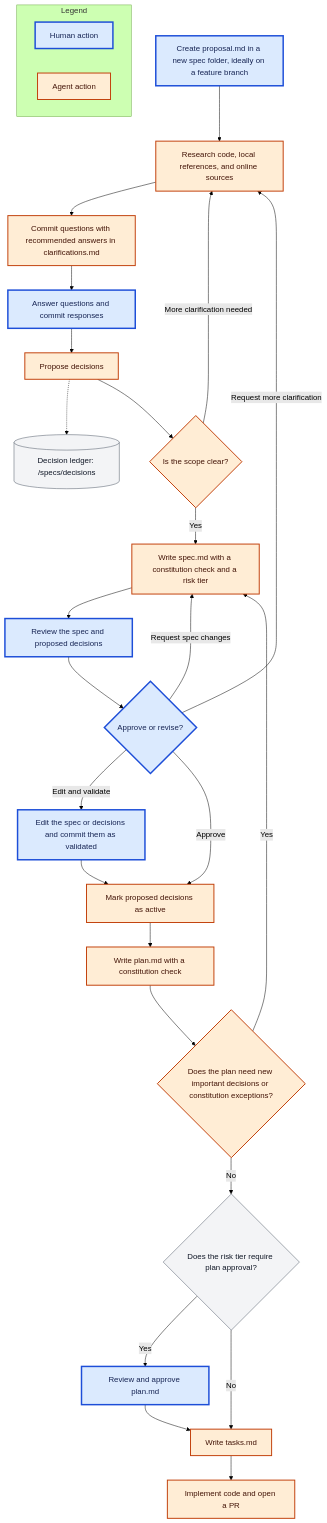
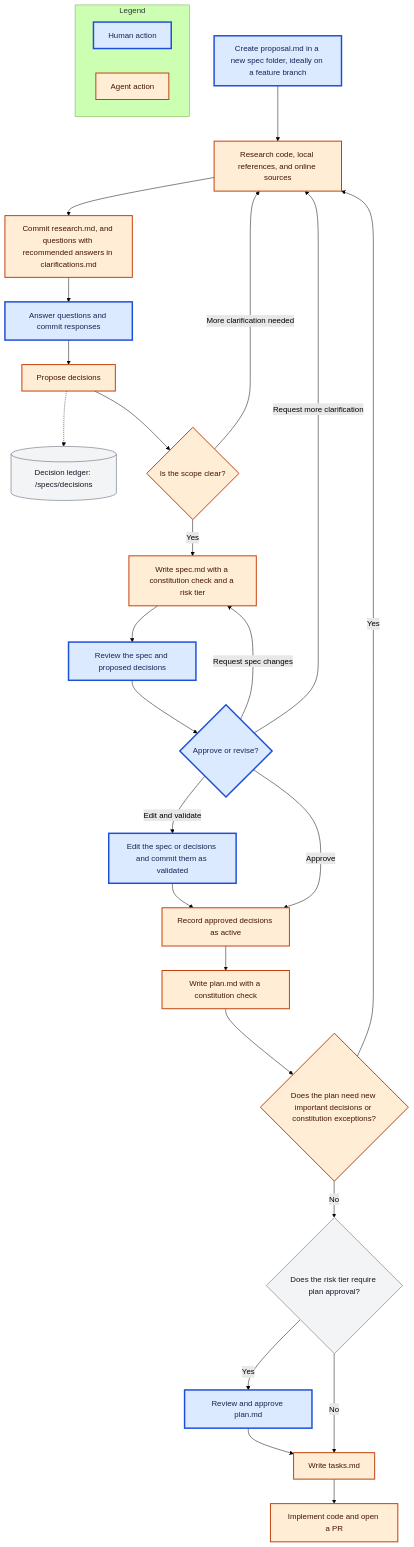
One commit to mrtolkien/uraeda changed the diagram in README.md. Above: the diagram before and after it, drawn with Mermaid (forest theme). The commit also changed other lines of this file and 4 other files, not shown here.

````diff
--- a/README.md
+++ b/README.md
@@ -182,40 +185,40 @@
 ```mermaid
 flowchart TD
     subgraph legend["Legend"]
         direction LR
         legendHuman["Human action"]
         legendAgent["Agent action"]
     end
 
     proposal["Create proposal.md in a new spec folder, ideally on a feature branch"]
     proposal --> research["Research code, local references, and online sources"]
-    research --> questions["Commit questions with recommended answers in clarifications.md"]
+    research --> questions["Commit research.md, and questions with recommended answers in clarifications.md"]
     questions --> answers["Answer questions and commit responses"]
     answers --> decisions["Propose decisions"]
     decisions -.-> ledger[("Decision ledger: /specs/decisions")]
     decisions --> scope{"Is the scope clear?"}
     scope -->|More clarification needed| research
     scope -->|Yes| spec["Write spec.md with a constitution check and a risk tier"]
     spec --> review["Review the spec and proposed decisions"]
     review --> validation{"Approve or revise?"}
     validation -->|Request more clarification| research
     validation -->|Request spec changes| spec
     validation -->|Edit and validate| humanEdit["Edit the spec or decisions and commit them as validated"]
-    validation -->|Approve| activate["Mark proposed decisions as active"]
+    validation -->|Approve| activate["Record approved decisions as active"]
     humanEdit --> activate
     activate --> plan["Write plan.md with a constitution check"]
     plan --> planCheck{"Does the plan need new important decisions or constitution exceptions?"}
-    planCheck -->|Yes| spec
+    planCheck -->|Yes| research
     planCheck -->|No| tier{"Does the risk tier require plan approval?"}
     tier -->|Yes| planApproval["Review and approve plan.md"]
     tier -->|No| tasks["Write tasks.md"]
     planApproval --> tasks
     tasks --> implementation["Implement code and open a PR"]
 
     classDef human fill:#dbeafe,stroke:#1d4ed8,color:#172554,stroke-width:3px
     classDef agent fill:#ffedd5,stroke:#c2410c,color:#431407,stroke-width:2px
     classDef neutral fill:#f3f4f6,stroke:#4b5563,color:#111827,stroke-width:1px
     class legendHuman,proposal,answers,review,validation,humanEdit,planApproval human
     class legendAgent,research,questions,decisions,scope,spec,activate,plan,planCheck,tasks,implementation agent
     class legendNeutral,legendBranch,legendStorage,ledger,tier neutral
 ```
````
